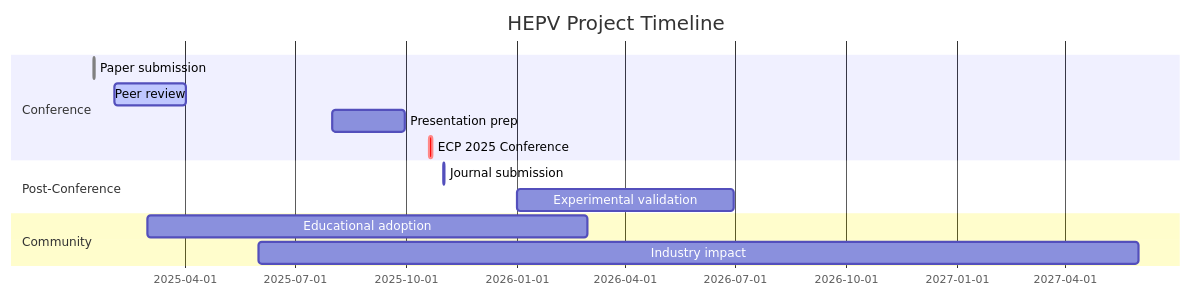
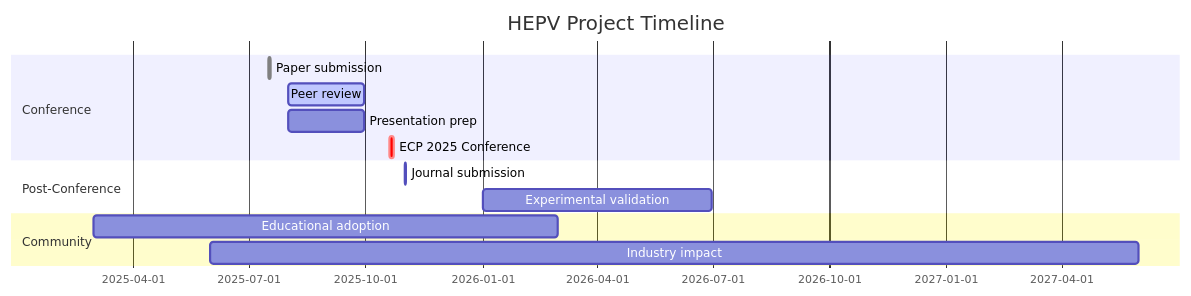
One commit to yusufcemalisbuga/HEPV-Feasibility-Analyzer changed the diagram in README.md. Above: the diagram before and after it, drawn with Mermaid.

Commit message:
Update project timeline dates in README.md

````diff
--- a/README.md
+++ b/README.md
@@ -1822,16 +1822,17 @@
 ```mermaid
 gantt
     title HEPV Project Timeline
     dateFormat  YYYY-MM-DD
     section Conference
-    Paper submission       :done,    2025-01-15, 1d
-    Peer review           :active,  2025-02-01, 60d
-    Presentation prep     :         2025-08-01, 60d
-    ECP 2025 Conference   :crit,    2025-10-20, 3d
+    Paper submission       :done,    2025-07-17, 1d
+    Peer review            :active,  2025-08-01, 60d
+    Presentation prep      :         2025-08-01, 60d
+    ECP 2025 Conference    :crit,    2025-10-20, 3d
     section Post-Conference
-    Journal submission    :         2025-11-01, 1d
-    Experimental validation :       2026-01-01, 180d
+    Journal submission     :         2025-11-01, 1d
+    Experimental validation:         2026-01-01, 180d
     section Community
-    Educational adoption  :         2025-03-01, 365d
-    Industry impact      :         2025-06-01, 730d
+    Educational adoption   :         2025-03-01, 365d
+    Industry impact        :         2025-06-01, 730d
+
 ```
````
